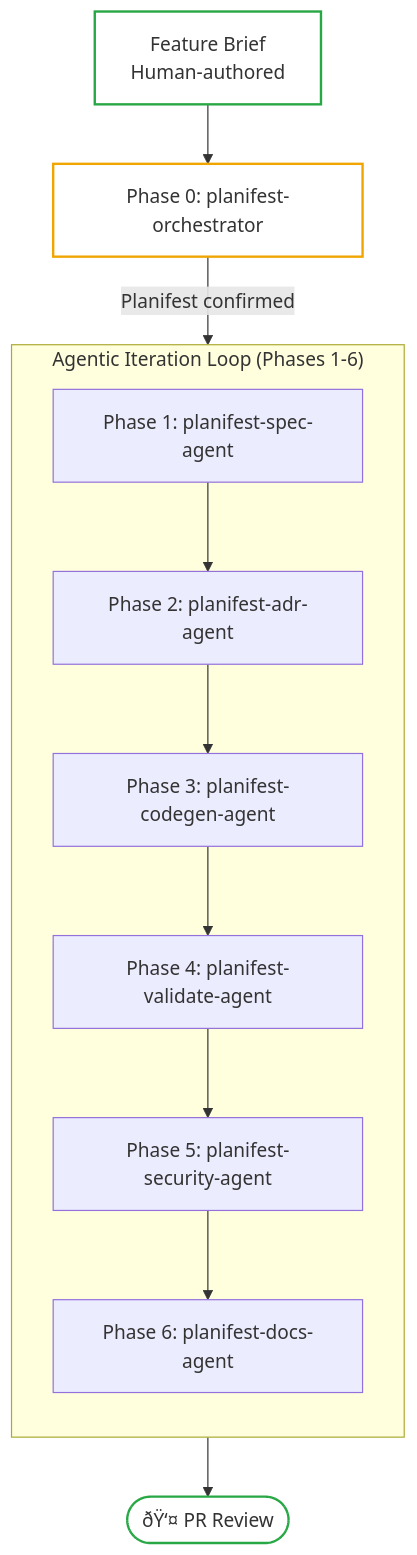
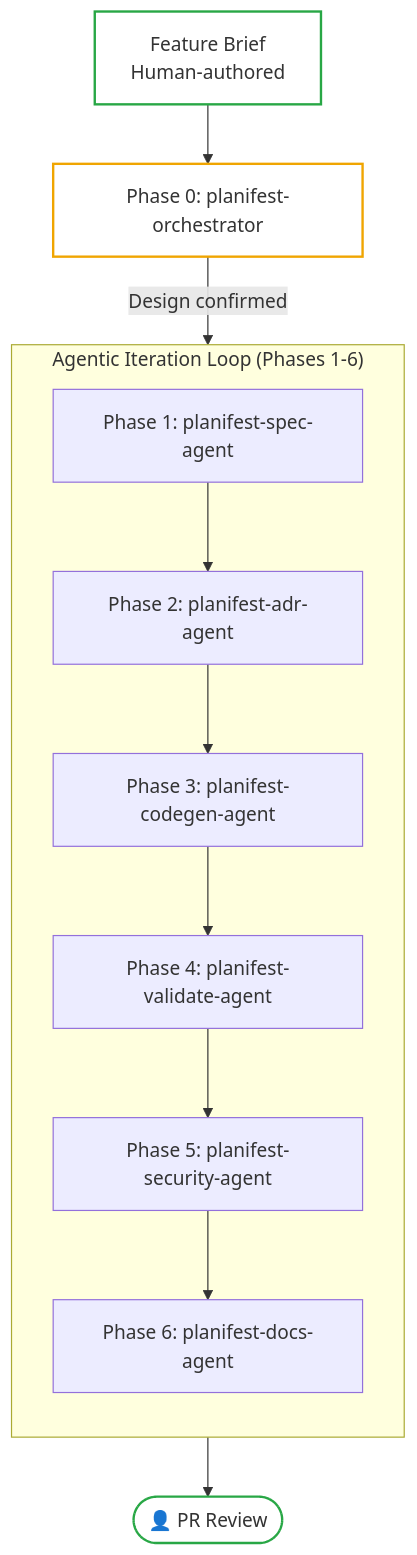
One commit to planifest/planifest-website changed the diagram in planifest-docs/p004-the-pathway-to-agentic-development.md. Above: the diagram before and after it, drawn with Mermaid. The commit also changed other lines of this file and 8 other files, not shown here.

````diff
--- a/planifest-docs/p004-the-pathway-to-agentic-development.md
+++ b/planifest-docs/p004-the-pathway-to-agentic-development.md
@@ -47,21 +50,21 @@
 ```mermaid
 flowchart TD
     A[Feature Brief\nHuman-authored] --> P0[Phase 0: planifest-orchestrator]
-    P0 -->|Planifest confirmed| LOOP
+    P0 -->|Design confirmed| LOOP
     
     subgraph LOOP["Agentic Iteration Loop (Phases 1-6)"]
         direction TB
         P1[Phase 1: planifest-spec-agent]
         P1 --> P2[Phase 2: planifest-adr-agent]
         P2 --> P3[Phase 3: planifest-codegen-agent]
         P3 --> P4[Phase 4: planifest-validate-agent]
         P4 --> P5[Phase 5: planifest-security-agent]
         P5 --> P6[Phase 6: planifest-docs-agent]
     end
     
-    P6 --> HGATE([ðŸ‘¤ PR Review])
+    P6 --> HGATE([👤 PR Review])
 
     style A fill:transparent,stroke:#28a745,stroke-width:2px
     style P0 fill:transparent,stroke:#f0a500,stroke-width:2px
     style HGATE fill:transparent,stroke:#28a745,stroke-width:2px
 ```
````
